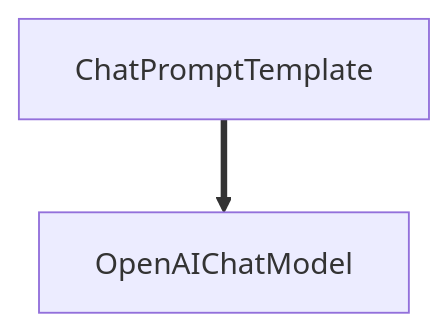
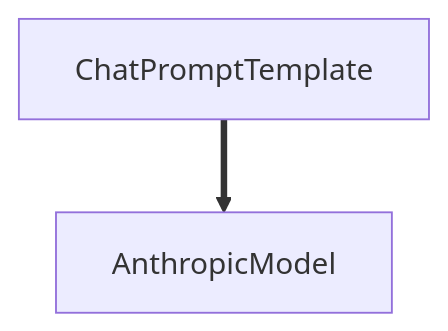
Before and after one commit to Upsonic/Docs: the diagram in concepts/runnable-chain.mdx, drawn with Mermaid. The commit also changed other lines of this file and 219 other files, not shown here.

````diff
--- a/concepts/runnable-chain.mdx
+++ b/concepts/runnable-chain.mdx
@@ -599,6 +599,6 @@
 ```mermaid
 graph TD
     0["ChatPromptTemplate"]
-    1["OpenAIChatModel"]
+    1["AnthropicModel"]
     0 ==> 1
 ```
````
